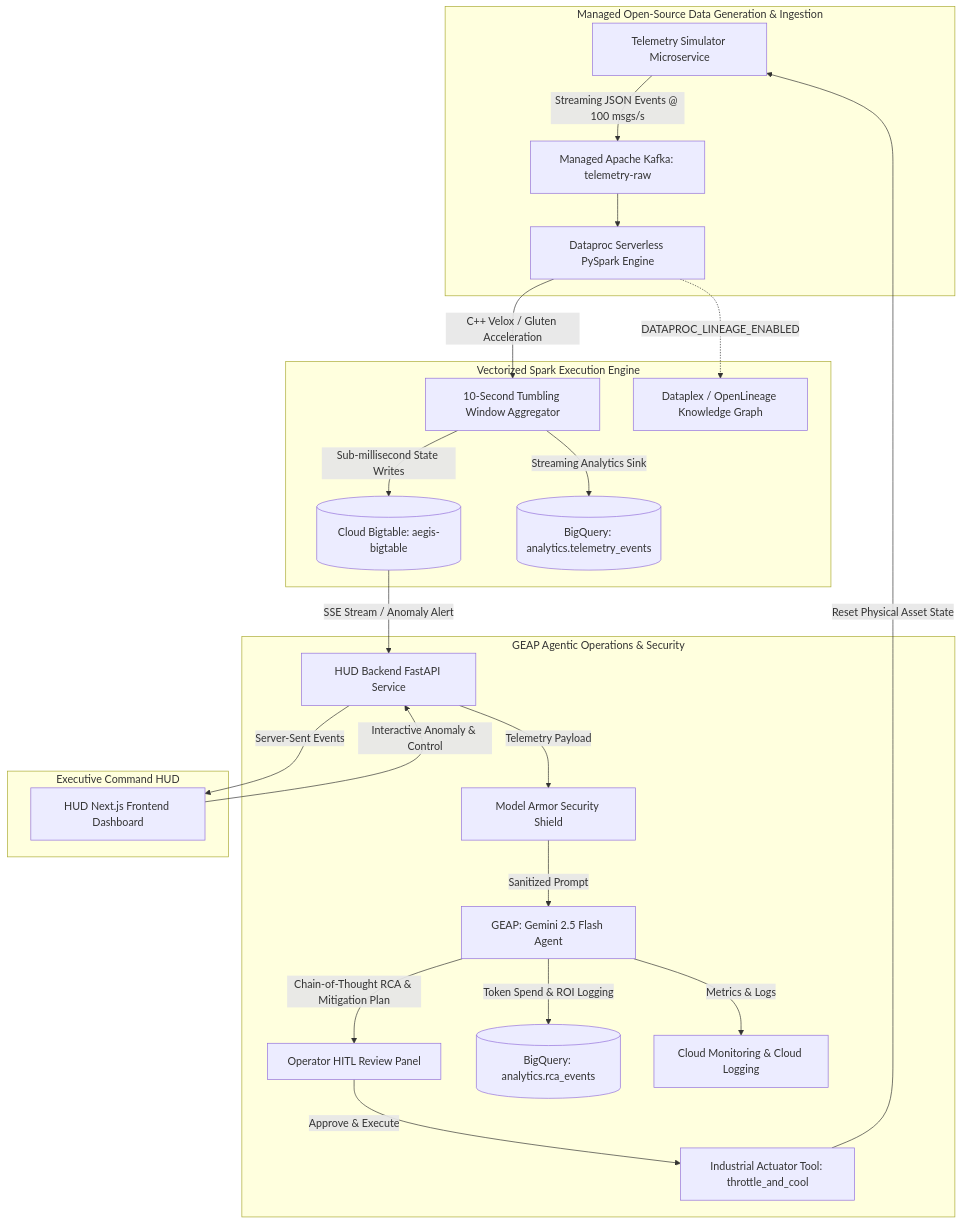
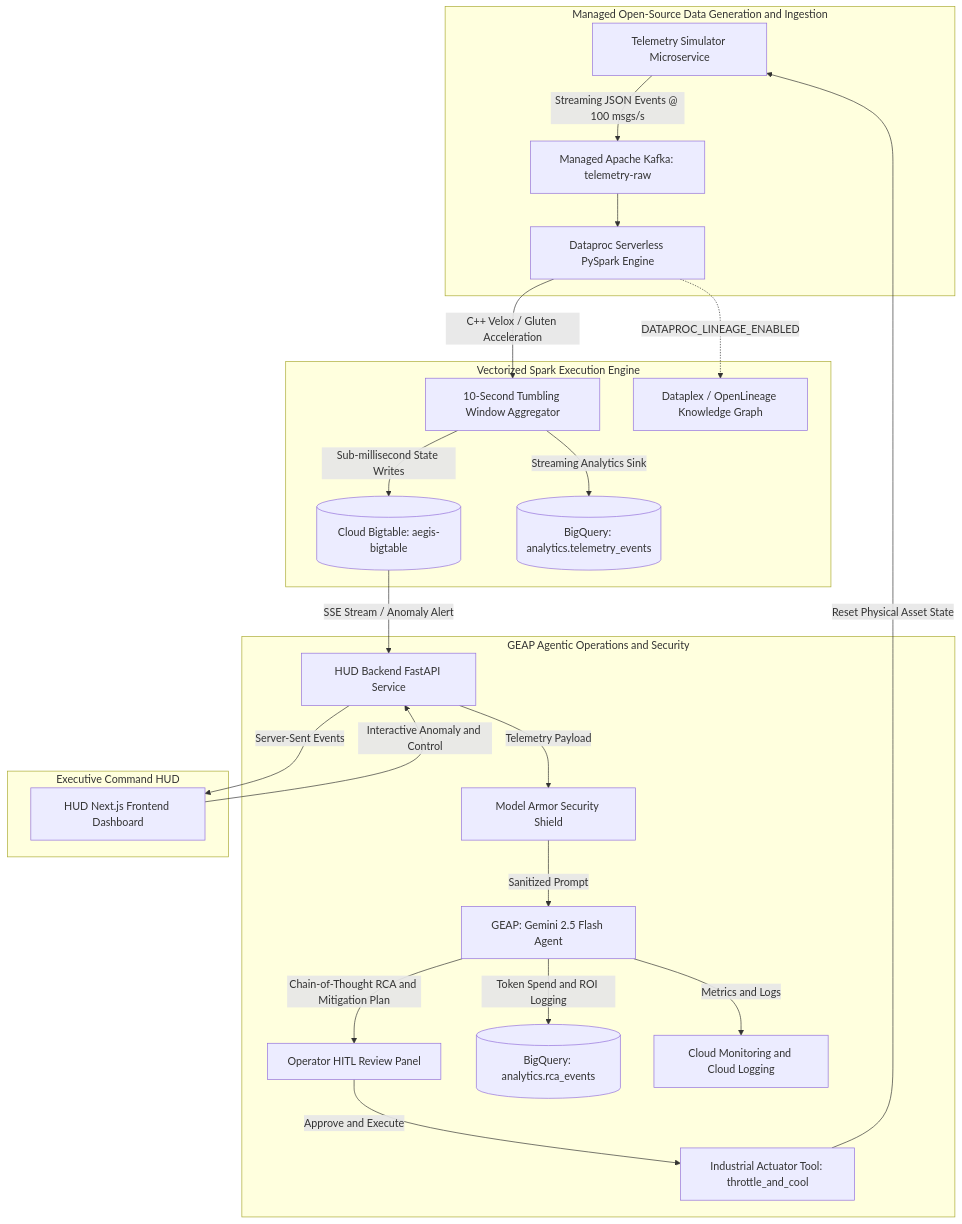
The diagram in projects/aegis-streaming-demo/DEMO_GUIDE.md (GoogleCloudPlatform/cloud-solutions), drawn with Mermaid before and after one commit. The commit also changed other lines of this file and 177 other files, not shown here.

````diff
--- a/projects/aegis-streaming-demo/DEMO_GUIDE.md
+++ b/projects/aegis-streaming-demo/DEMO_GUIDE.md
@@ -94,30 +90,30 @@
 ```mermaid
 flowchart TD
-    subgraph Managed Open-Source Data Generation & Ingestion
+    subgraph Managed Open-Source Data Generation and Ingestion
         A[Telemetry Simulator Microservice] -->|Streaming JSON Events @ 100 msgs/s| B[Managed Apache Kafka: telemetry-raw]
         B --> C[Dataproc Serverless PySpark Engine]
     end
 
     subgraph Vectorized Spark Execution Engine
         C -->|C++ Velox / Gluten Acceleration| D[10-Second Tumbling Window Aggregator]
         D -->|Sub-millisecond State Writes| E[(Cloud Bigtable: aegis-bigtable)]
         D -->|Streaming Analytics Sink| F[(BigQuery: analytics.telemetry_events)]
         C -.->|DATAPROC_LINEAGE_ENABLED| G[Dataplex / OpenLineage Knowledge Graph]
     end
 
-    subgraph GEAP Agentic Operations & Security
+    subgraph GEAP Agentic Operations and Security
         E -->|SSE Stream / Anomaly Alert| H[HUD Backend FastAPI Service]
         H -->|Telemetry Payload| I[Model Armor Security Shield]
         I -->|Sanitized Prompt| J[GEAP: Gemini 2.5 Flash Agent]
-        J -->|Chain-of-Thought RCA & Mitigation Plan| K[Operator HITL Review Panel]
-        K -->|Approve & Execute| L[Industrial Actuator Tool: throttle_and_cool]
+        J -->|Chain-of-Thought RCA and Mitigation Plan| K[Operator HITL Review Panel]
+        K -->|Approve and Execute| L[Industrial Actuator Tool: throttle_and_cool]
         L -->|Reset Physical Asset State| A
-        J -->|Token Spend & ROI Logging| M[(BigQuery: analytics.rca_events)]
-        J -->|Metrics & Logs| N[Cloud Monitoring & Cloud Logging]
+        J -->|Token Spend and ROI Logging| M[(BigQuery: analytics.rca_events)]
+        J -->|Metrics and Logs| N[Cloud Monitoring and Cloud Logging]
     end
 
     subgraph Executive Command HUD
         H -->|Server-Sent Events| O[HUD Next.js Frontend Dashboard]
-        O -->|Interactive Anomaly & Control| H
+        O -->|Interactive Anomaly and Control| H
     end
 ```
````
